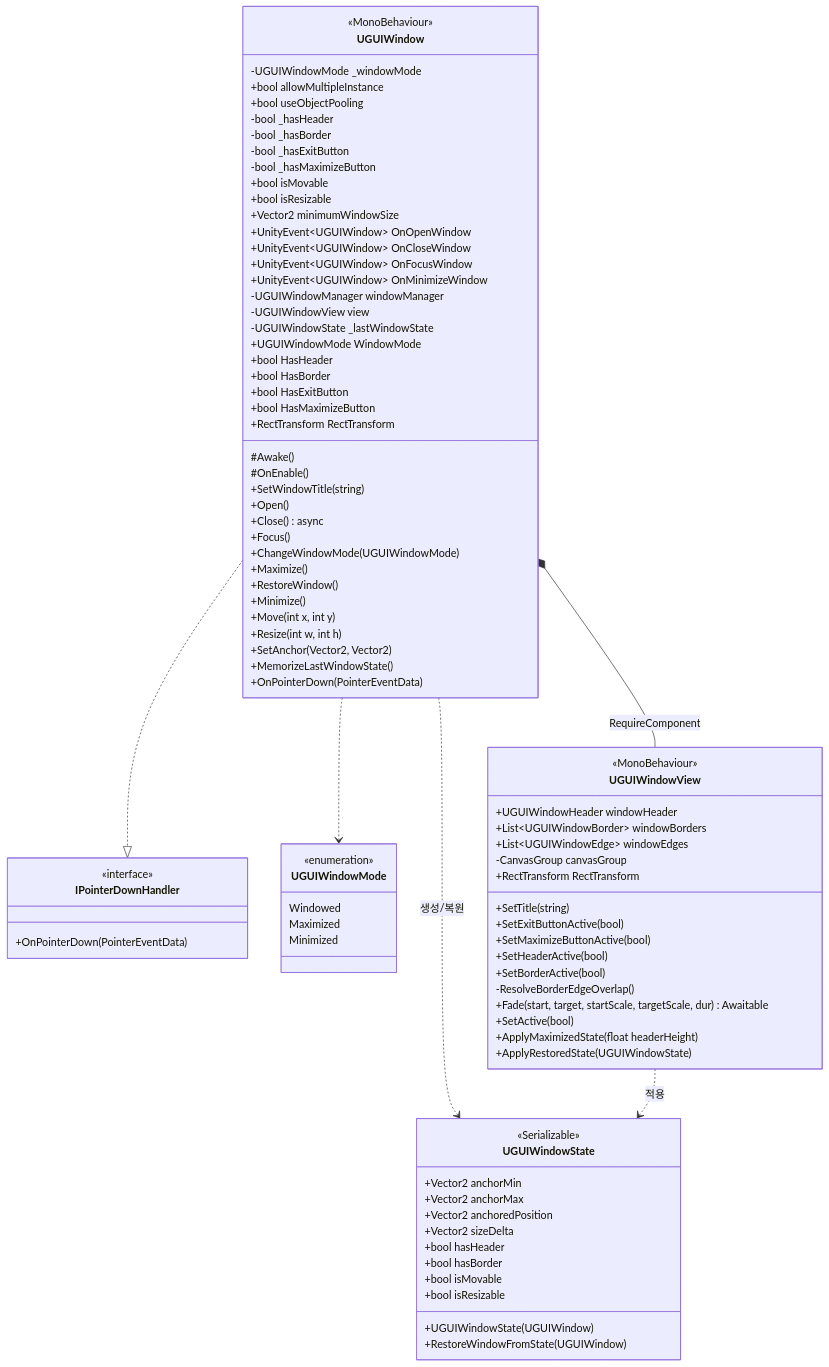
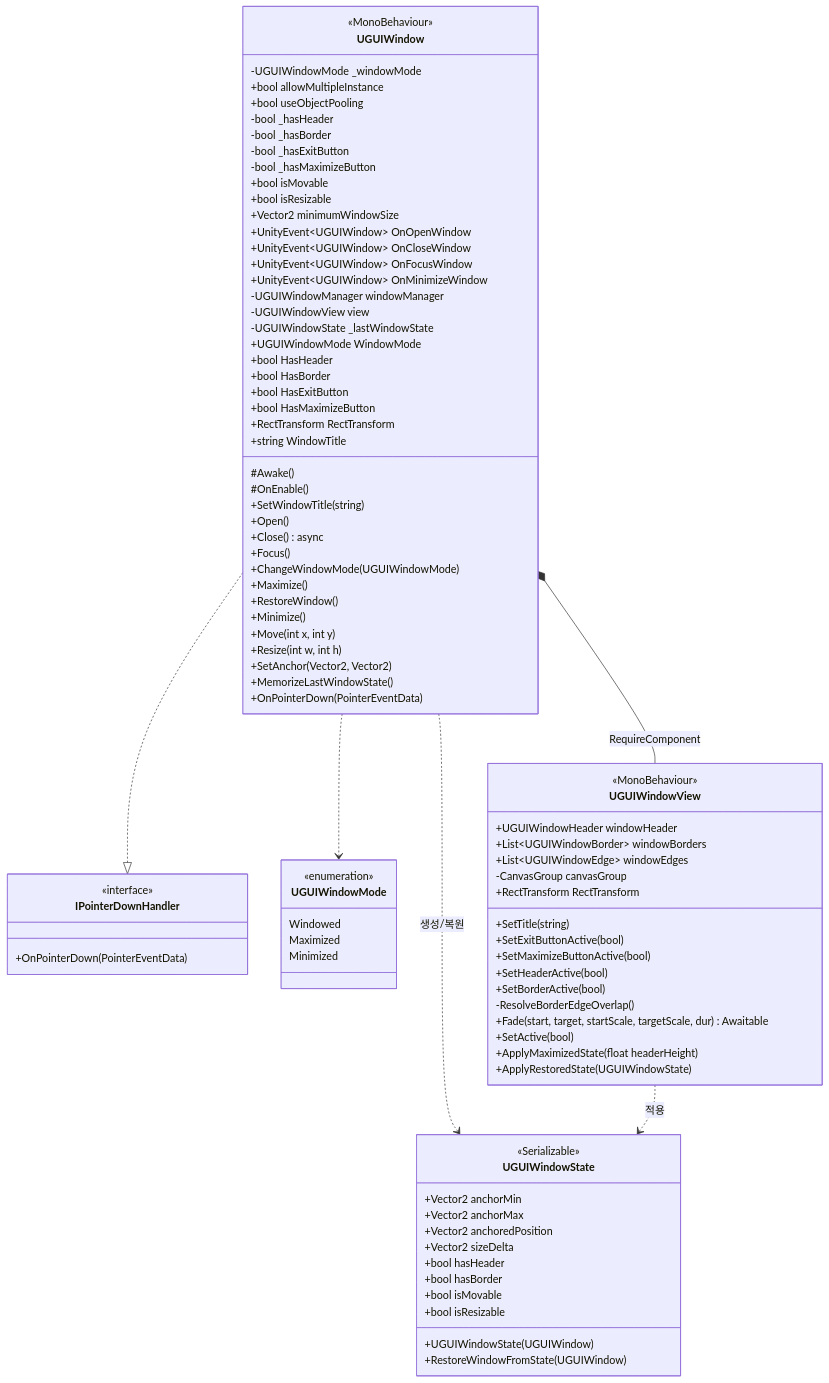
The diagram in docs/class-diagram/UGUIWindow.md (ThunderVolt45/UGUI-Window-Sample), drawn with Mermaid before and after one commit. The commit also changed 11 other files, not shown here.

```diff
--- a/docs/class-diagram/UGUIWindow.md
+++ b/docs/class-diagram/UGUIWindow.md
@@ -50,6 +50,7 @@
         +bool HasExitButton
         +bool HasMaximizeButton
         +RectTransform RectTransform
+        +string WindowTitle
         #Awake()
         #OnEnable()
         +SetWindowTitle(string)
```
